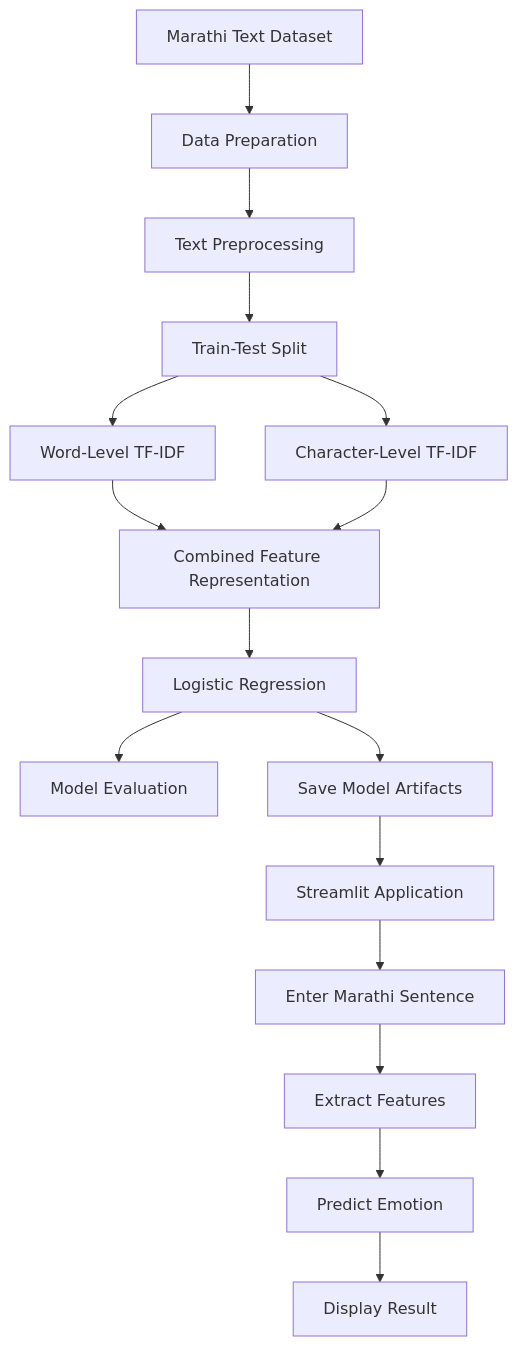
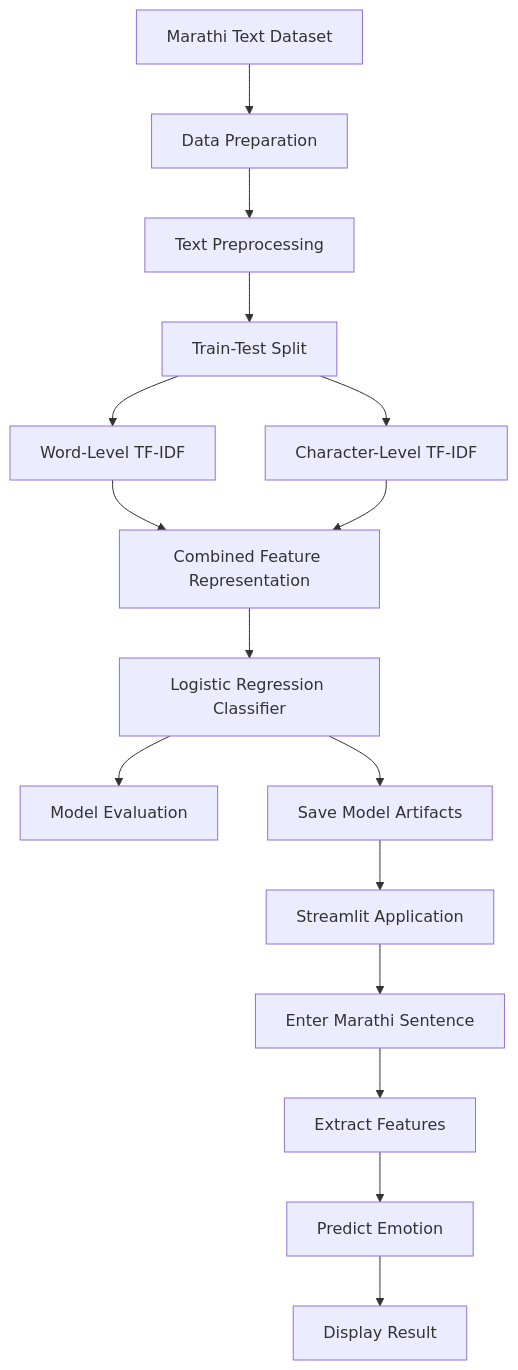
Before and after one commit to seanandrades1701/Emotion-Sense: the diagram in README.md, drawn with Mermaid. The commit also changed other lines of this file, not shown here.

````diff
--- a/README.md
+++ b/README.md
@@ -80,18 +87,18 @@
 ```mermaid
 flowchart TD
     A[Marathi Text Dataset] --> B[Data Preparation]
     B --> C[Text Preprocessing]
     C --> D[Train-Test Split]
     D --> E[Word-Level TF-IDF]
     D --> F[Character-Level TF-IDF]
     E --> G[Combined Feature Representation]
     F --> G
-    G --> H[Logistic Regression]
+    G --> H[Logistic Regression Classifier]
     H --> I[Model Evaluation]
     H --> J[Save Model Artifacts]
     J --> K[Streamlit Application]
     K --> L[Enter Marathi Sentence]
     L --> M[Extract Features]
     M --> N[Predict Emotion]
     N --> O[Display Result]
 ```
````
